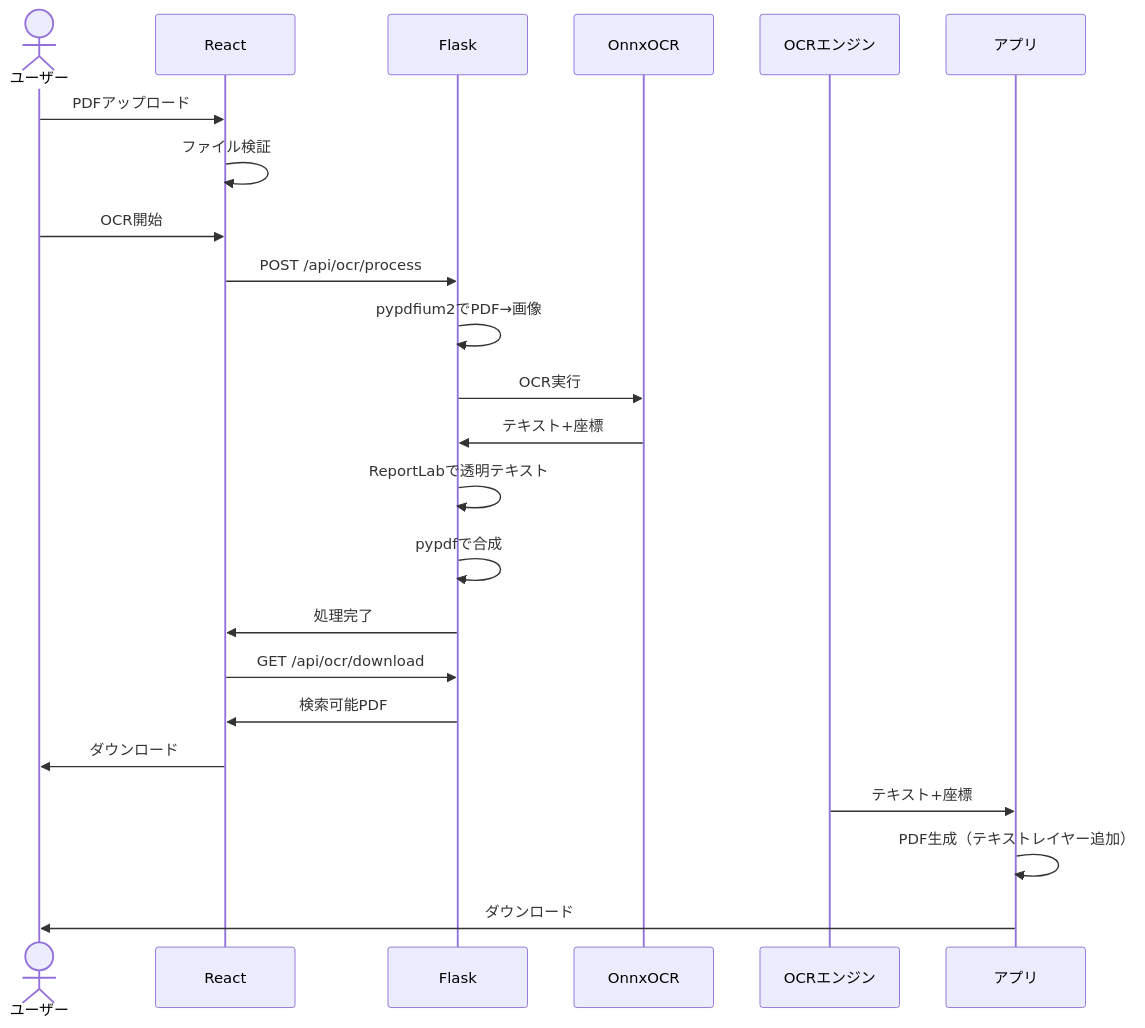
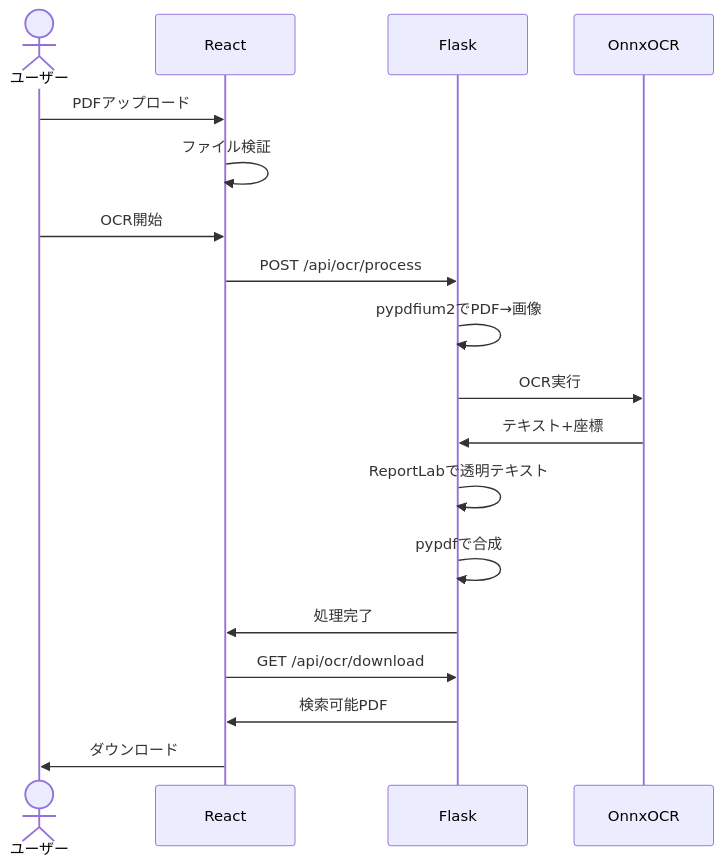
One commit to J1921604/OCR-PDF-Converter changed the second of 3 diagrams in README.md. Above: the diagram before and after it, drawn with Mermaid. The commit also changed other lines of this file and 18 other files, not shown here.

````diff
--- a/README.md
+++ b/README.md
@@ -110,24 +101,21 @@
 ```mermaid
 sequenceDiagram
     actor ユーザー
     participant React
     participant Flask
     participant OnnxOCR
     
     ユーザー->>React: PDFアップロード
     React->>React: ファイル検証
     ユーザー->>React: OCR開始
     React->>Flask: POST /api/ocr/process
     Flask->>Flask: pypdfium2でPDF→画像
     Flask->>OnnxOCR: OCR実行
     OnnxOCR->>Flask: テキスト+座標
     Flask->>Flask: ReportLabで透明テキスト
     Flask->>Flask: pypdfで合成
     Flask->>React: 処理完了
     React->>Flask: GET /api/ocr/download
     Flask->>React: 検索可能PDF
     React->>ユーザー: ダウンロード
-    OCRエンジン->>アプリ: テキスト+座標
-    アプリ->>アプリ: PDF生成（テキストレイヤー追加）
-    アプリ->>ユーザー: ダウンロード
 ```
````
